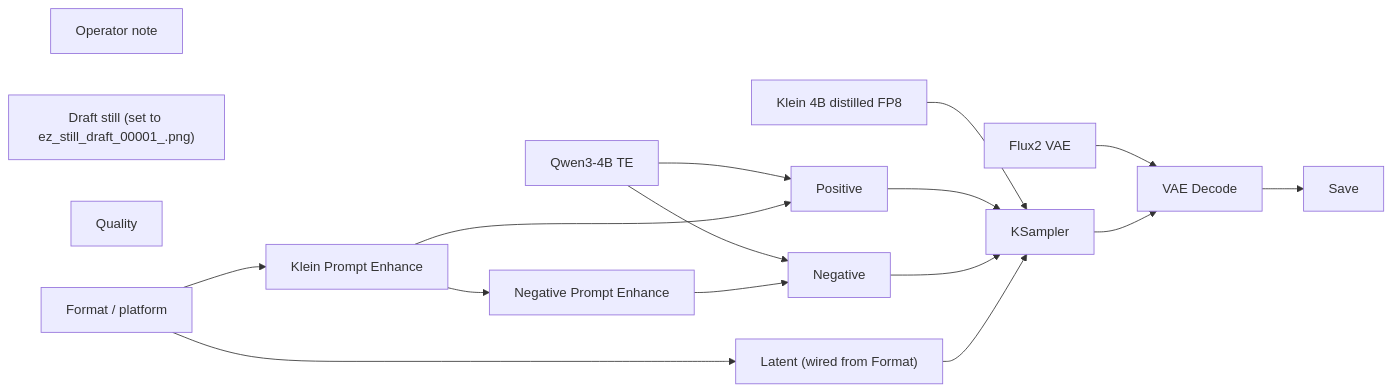
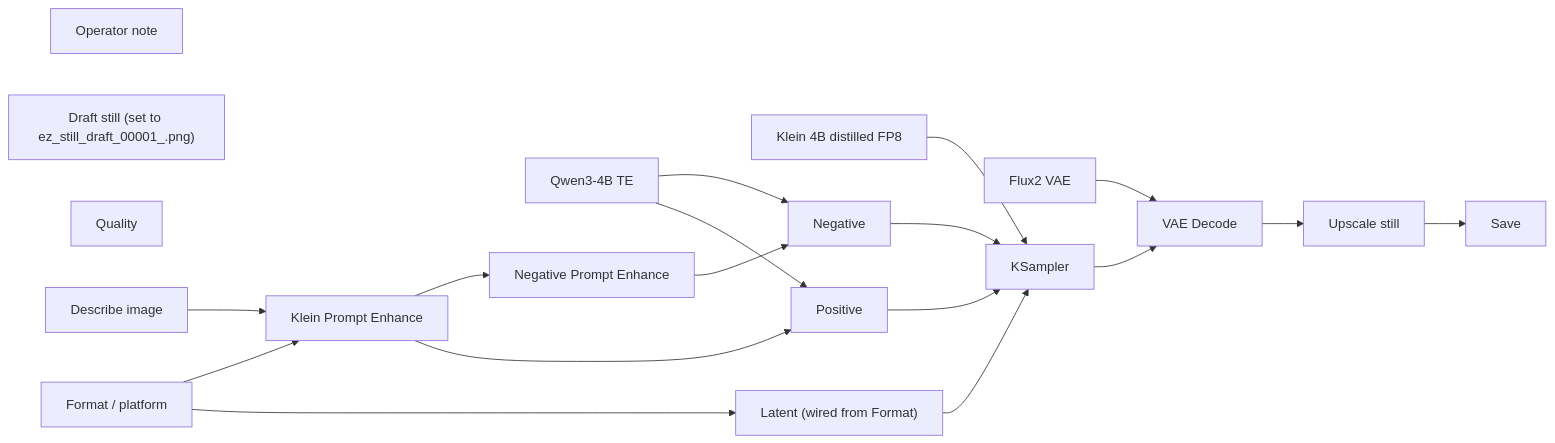
The diagram in docs/generated/workflows/stills/product-packshot.md (toxicoder/ez-comfy-stack), drawn with Mermaid before and after one commit. The commit also changed other lines of this file and 405 other files, not shown here.

First line of the commit message:
feat: add still upscale, describe-in-enhance, and background-swap App

````diff
--- a/docs/generated/workflows/stills/product-packshot.md
+++ b/docs/generated/workflows/stills/product-packshot.md
@@ -51,32 +51,36 @@
 ```mermaid
 flowchart LR
   N1["Klein 4B distilled FP8"]
   N2["Qwen3-4B TE"]
   N3["Flux2 VAE"]
   N4["Positive"]
   N5["Negative"]
   N6["Latent (wired from Format)"]
   N7["KSampler"]
   N8["VAE Decode"]
   N9["Save"]
   N10["Operator note"]
   N11["Draft still (set to ez_still_draft_00001_.png)"]
   N12["Klein Prompt Enhance"]
   N13["Negative Prompt Enhance"]
   N14["Quality"]
   N15["Format / platform"]
+  N16["Upscale still"]
+  N17["Describe image"]
   N1 --> N7
   N2 --> N4
   N2 --> N5
   N3 --> N8
   N4 --> N7
   N5 --> N7
   N6 --> N7
   N7 --> N8
-  N8 --> N9
+  N8 --> N16
   N12 --> N4
   N12 --> N13
   N13 --> N5
   N15 --> N6
   N15 --> N12
+  N16 --> N9
+  N17 --> N12
 ```
````
